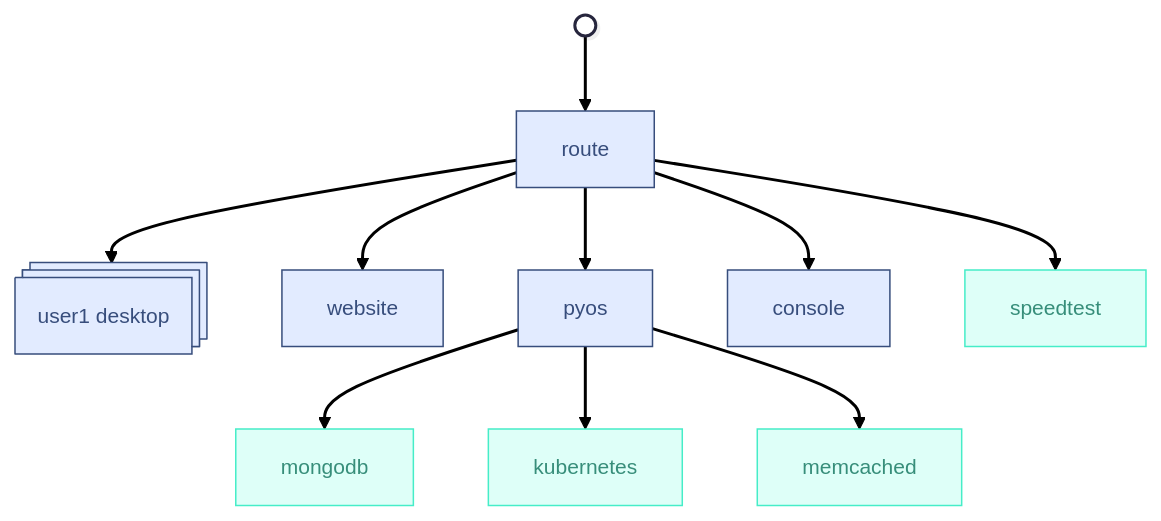
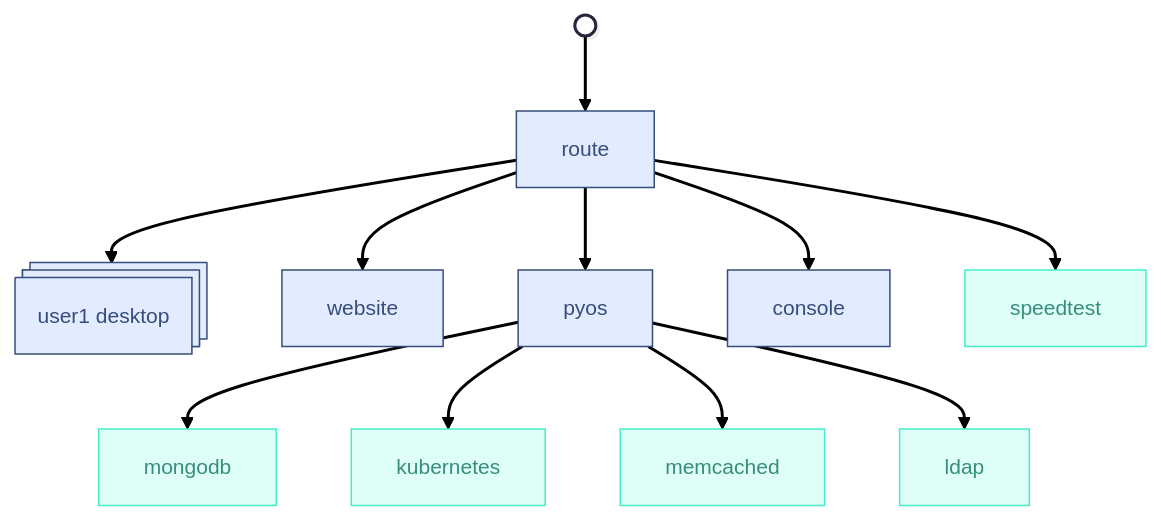
One commit to abcdesktopio/docs changed the first of 2 diagrams in opsdocs/docs/architecture.md. Above: the diagram before and after it, drawn with Mermaid. The commit also changed other lines of this file, not shown here.

````diff
--- a/opsdocs/docs/architecture.md
+++ b/opsdocs/docs/architecture.md
@@ -7,36 +7,38 @@
 ``` mermaid
 ---
 config:
   theme: redux
 ---
 flowchart TD
     route["route"] --> desktop["user1 desktop"] & website["website"] & API["pyos"] & console["console"] & speedtest["speedtest"]
-    API --> mongodb["mongodb"] & kubernetes["kubernetes"] & memcache["memcached"]
+    API --> mongodb["mongodb"] & kubernetes["kubernetes"] & memcache["memcached"] & ldap["ldap"]
     n1["users"] --> route
     route@{ shape: proc}
     desktop@{ shape: procs}
     n1@{ shape: sm-circ}
      route:::Sky
      desktop:::Ash
      desktop:::Sky
      website:::Sky
      API:::Sky
      console:::Sky
      speedtest:::Aqua
      mongodb:::Aqua
      kubernetes:::Aqua
      memcache:::Aqua
+     ldap:::Aqua
     classDef Ash stroke-width:1px, stroke-dasharray:none, stroke:#999999, fill:#EEEEEE, color:#000000
     classDef Peach stroke-width:1px, stroke-dasharray:none, stroke:#FBB35A, fill:#FFEFDB, color:#8F632D
     classDef Aqua stroke-width:1px, stroke-dasharray:none, stroke:#46EDC8, fill:#DEFFF8, color:#378E7A
     classDef Sky stroke-width:1px, stroke-dasharray:none, stroke:#374D7C, fill:#E2EBFF, color:#374D7C
     click route "https://github.com/abcdesktopio/route"
     click desktop "https://github.com/abcdesktopio/oc.user"
     click website "https://github.com/abcdesktopio/webmodules"
     click API "https://github.com/abcdesktopio/pyos"
     click console "https://github.com/abcdesktopio/console"
     click speedtest "https://github.com/librespeed/speedtest"
     click mongodb "https://www.mongodb.com/"
     click kubernetes "https://kubernetes.io/"
     click memcache "https://www.memcached.org/"
+    click ldap "https://github.com/rroemhild/docker-test-openldap"
 ```
````
